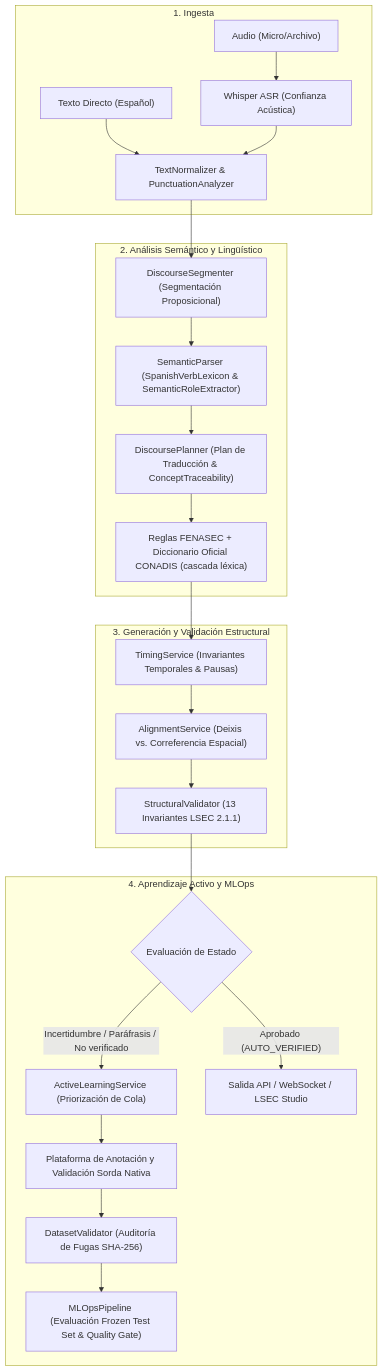
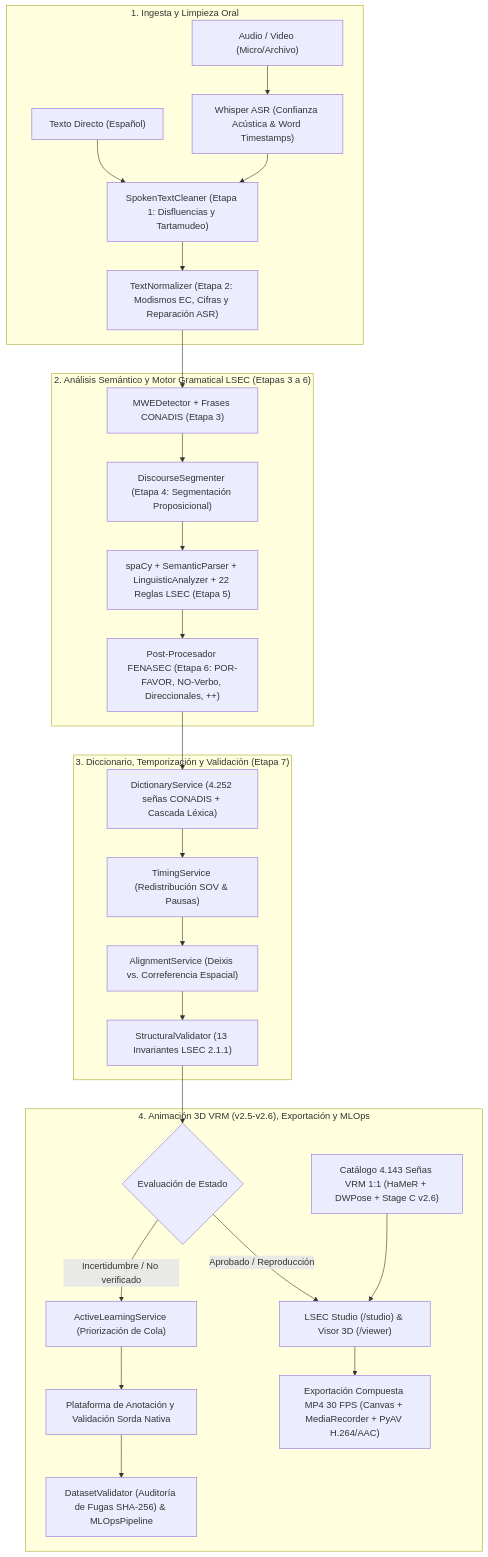
One commit to BrandonVol3/lsec-translator changed the diagram in README.md. Above: the diagram before and after it, drawn with Mermaid. The commit also changed other lines of this file and 578 other files, not shown here.

````diff
--- a/README.md
+++ b/README.md
@@ -53,30 +67,33 @@
 ```mermaid
 graph TD
-    subgraph INGESTION["1. Ingesta"]
-        A1["Audio (Micro/Archivo)"] --> A2["Whisper ASR (Confianza Acústica)"]
-        A3["Texto Directo (Español)"] --> B1["TextNormalizer & PunctuationAnalyzer"]
-        A2 --> B1
+    subgraph INGESTION["1. Ingesta y Limpieza Oral"]
+        A1["Audio / Video (Micro/Archivo)"] --> A2["Whisper ASR (Confianza Acústica & Word Timestamps)"]
+        A3["Texto Directo (Español)"] --> B0["SpokenTextCleaner (Etapa 1: Disfluencias y Tartamudeo)"]
+        A2 --> B0
+        B0 --> B1["TextNormalizer (Etapa 2: Modismos EC, Cifras y Reparación ASR)"]
     end
 
-    subgraph NLP_SEMANTIC["2. Análisis Semántico y Lingüístico"]
-        B1 --> B2["DiscourseSegmenter (Segmentación Proposicional)"]
-        B2 --> B3["SemanticParser (SpanishVerbLexicon & SemanticRoleExtractor)"]
-        B3 --> B4["DiscoursePlanner (Plan de Traducción & ConceptTraceability)"]
-        B4 --> B5["Reglas FENASEC + Diccionario Oficial CONADIS (cascada léxica)"]
+    subgraph NLP_SEMANTIC["2. Análisis Semántico y Motor Gramatical LSEC (Etapas 3 a 6)"]
+        B1 --> B2["MWEDetector + Frases CONADIS (Etapa 3)"]
+        B2 --> B3["DiscourseSegmenter (Etapa 4: Segmentación Proposicional)"]
+        B3 --> B4["spaCy + SemanticParser + LinguisticAnalyzer + 22 Reglas LSEC (Etapa 5)"]
+        B4 --> B5["Post-Procesador FENASEC (Etapa 6: POR-FAVOR, NO-Verbo, Direccionales, ++)"]
     end
 
-    subgraph GENERATION_VALIDATION["3. Generación y Validación Estructural"]
-        B5 --> C1["TimingService (Invariantes Temporales & Pausas)"]
+    subgraph GENERATION_VALIDATION["3. Diccionario, Temporización y Validación (Etapa 7)"]
+        B5 --> C0["DictionaryService (4.252 señas CONADIS + Cascada Léxica)"]
+        C0 --> C1["TimingService (Redistribución SOV & Pausas)"]
         C1 --> C2["AlignmentService (Deixis vs. Correferencia Espacial)"]
         C2 --> C3["StructuralValidator (13 Invariantes LSEC 2.1.1)"]
     end
 
-    subgraph ACTIVE_LEARNING_MLOPS["4. Aprendizaje Activo y MLOps"]
+    subgraph ANIMATION_AND_MLOPS["4. Animación 3D VRM (v2.5-v2.6), Exportación y MLOps"]
         C3 --> D1{"Evaluación de Estado"}
-        D1 -- "Incertidumbre / Paráfrasis / No verificado" --> D2["ActiveLearningService (Priorización de Cola)"]
+        D1 -- "Incertidumbre / No verificado" --> D2["ActiveLearningService (Priorización de Cola)"]
         D2 --> D3["Plataforma de Anotación y Validación Sorda Nativa"]
-        D3 --> D4["DatasetValidator (Auditoría de Fugas SHA-256)"]
-        D4 --> D5["MLOpsPipeline (Evaluación Frozen Test Set & Quality Gate)"]
-        D1 -- "Aprobado (AUTO_VERIFIED)" --> E1["Salida API / WebSocket / LSEC Studio"]
+        D3 --> D4["DatasetValidator (Auditoría de Fugas SHA-256) & MLOpsPipeline"]
+        D1 -- "Aprobado / Reproducción" --> E1["LSEC Studio (/studio) & Visor 3D (/viewer)"]
+        VRM_CAT["Catálogo 4.143 Señas VRM 1:1 (HaMeR + DWPose + Stage C v2.6)"] --> E1
+        E1 --> EXP["Exportación Compuesta MP4 30 FPS (Canvas + MediaRecorder + PyAV H.264/AAC)"]
     end
 ```
````
